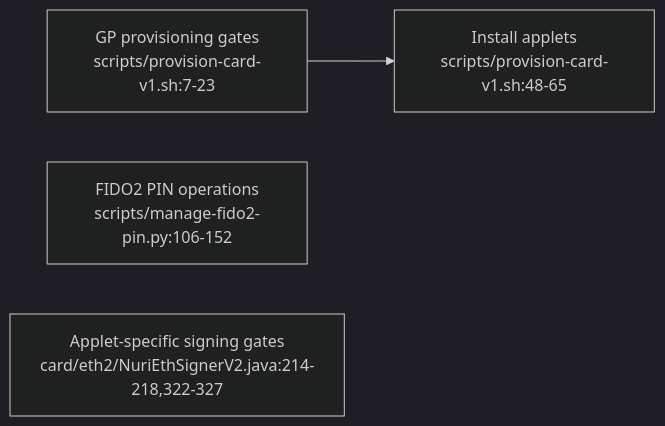
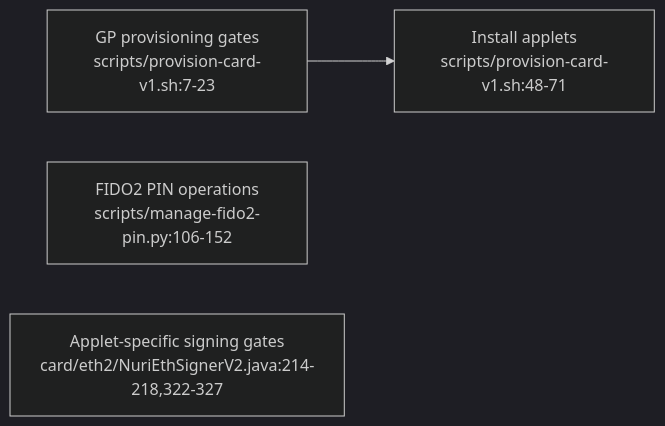
One commit to nuri-com/nuri-passkey-prf-smartcard changed the diagram in docs/real-card-key-handling.md. Above: the diagram before and after it, drawn with Mermaid (dark theme). The commit also changed other lines of this file and 10 other files, not shown here.

First line of the commit message:
feat(card-setup): seven applets, drop the legacy PIN-less ETH1

````diff
--- a/docs/real-card-key-handling.md
+++ b/docs/real-card-key-handling.md
@@ -3,6 +3,6 @@
 ```mermaid
 flowchart LR
-  A["GP provisioning gates<br/>scripts/provision-card-v1.sh:7-23"] --> B["Install applets<br/>scripts/provision-card-v1.sh:48-65"]
+  A["GP provisioning gates<br/>scripts/provision-card-v1.sh:7-23"] --> B["Install applets<br/>scripts/provision-card-v1.sh:48-71"]
   C["FIDO2 PIN operations<br/>scripts/manage-fido2-pin.py:106-152"]
   D["Applet-specific signing gates<br/>card/eth2/NuriEthSignerV2.java:214-218,322-327"]
 ```
````
